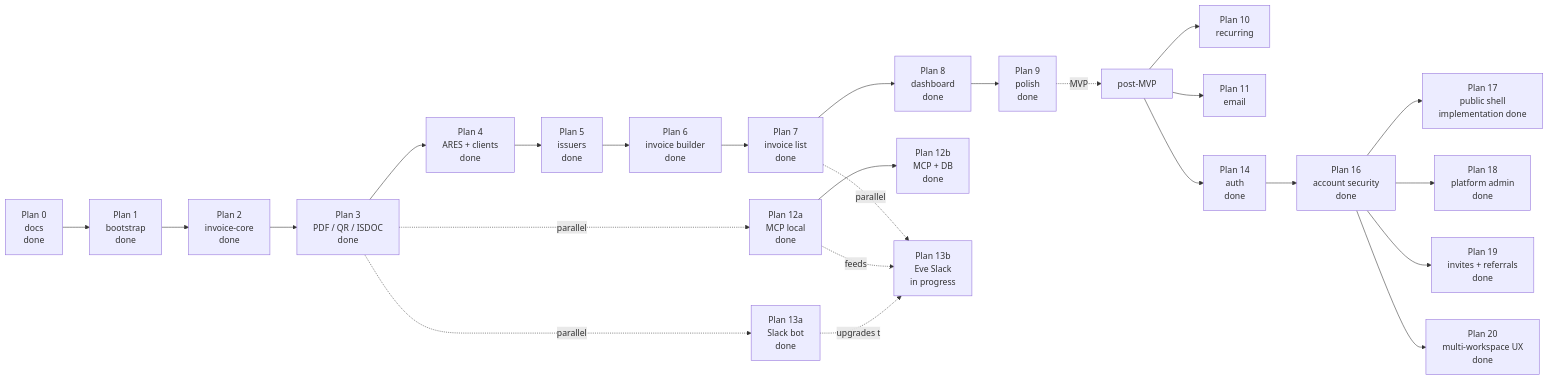
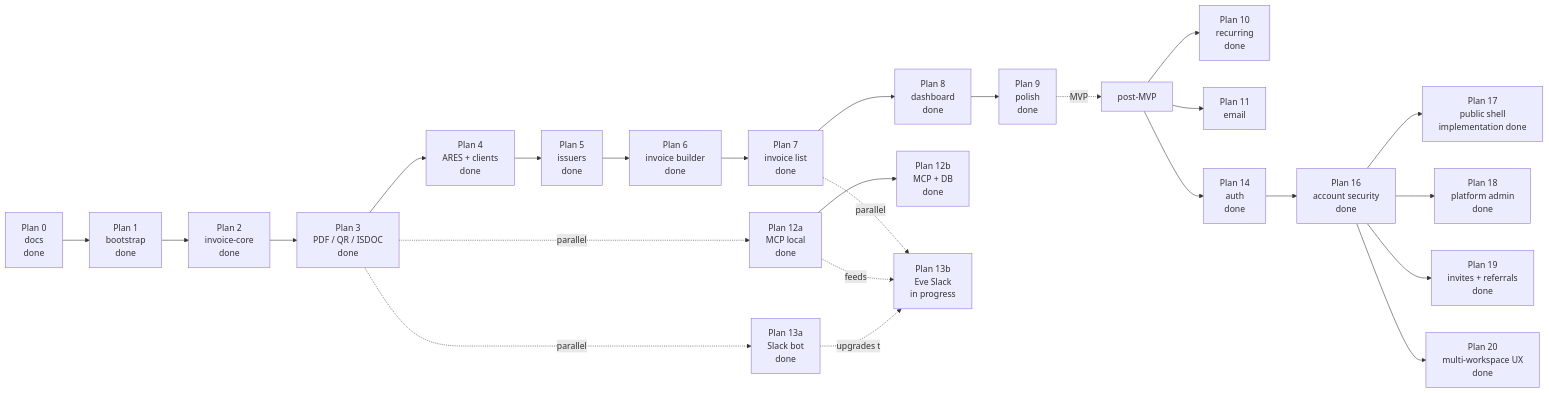
Before and after one commit to filipditrich/inveoiceyai: the diagram in docs/roadmap.md, drawn with Mermaid. The commit also changed other lines of this file and 8 other files, not shown here.

First line of the commit message:
docs: add Plan 10 recurring drafts spec and ADR 0027

````diff
--- a/docs/roadmap.md
+++ b/docs/roadmap.md
@@ -7,27 +7,27 @@
 ```mermaid
 flowchart LR
     P0["Plan 0<br/>docs<br/>done"] --> P1["Plan 1<br/>bootstrap<br/>done"]
     P1 --> P2["Plan 2<br/>invoice-core<br/>done"]
     P2 --> P3["Plan 3<br/>PDF / QR / ISDOC<br/>done"]
     P3 --> P4["Plan 4<br/>ARES + clients<br/>done"]
     P4 --> P5["Plan 5<br/>issuers<br/>done"]
     P5 --> P6["Plan 6<br/>invoice builder<br/>done"]
     P6 --> P7["Plan 7<br/>invoice list<br/>done"]
     P7 --> P8["Plan 8<br/>dashboard<br/>done"]
     P8 --> P9["Plan 9<br/>polish<br/>done"]
     P3 -.parallel.-> P13a["Plan 13a<br/>Slack bot<br/>done"]
     P3 -.parallel.-> P12a["Plan 12a<br/>MCP local<br/>done"]
     P9 -.MVP.-> Post["post-MVP"]
-    Post --> P10["Plan 10<br/>recurring"]
+    Post --> P10["Plan 10<br/>recurring<br/>done"]
     Post --> P11["Plan 11<br/>email"]
     P12a --> P12b["Plan 12b<br/>MCP + DB<br/>done"]
     P7 -.parallel.-> P13b["Plan 13b<br/>Eve Slack<br/>in progress"]
     Post --> P14["Plan 14<br/>auth<br/>done"]
     P14 --> P16["Plan 16<br/>account security<br/>done"]
     P16 --> P17["Plan 17<br/>public shell<br/>implementation done"]
     P16 --> P18["Plan 18<br/>platform admin<br/>done"]
     P16 --> P19["Plan 19<br/>invites + referrals<br/>done"]
     P16 --> P20["Plan 20<br/>multi-workspace UX<br/>done"]
     P12a -.feeds.-> P13b
     P13a -.upgrades to.-> P13b
 ```
````
